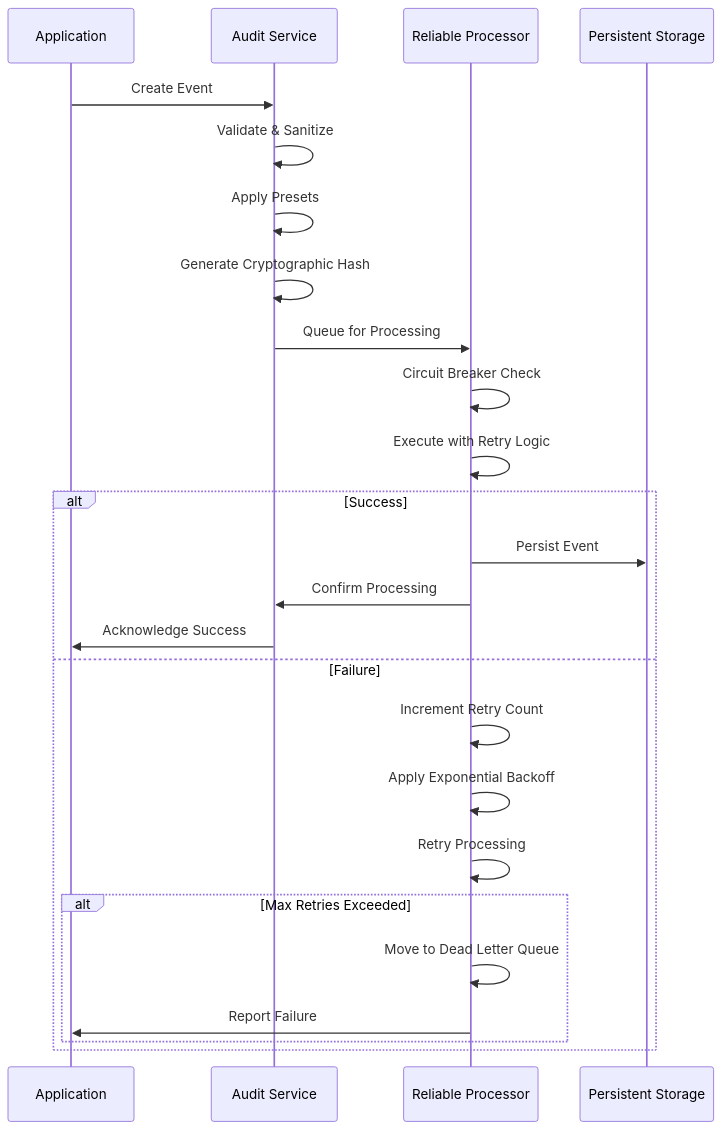
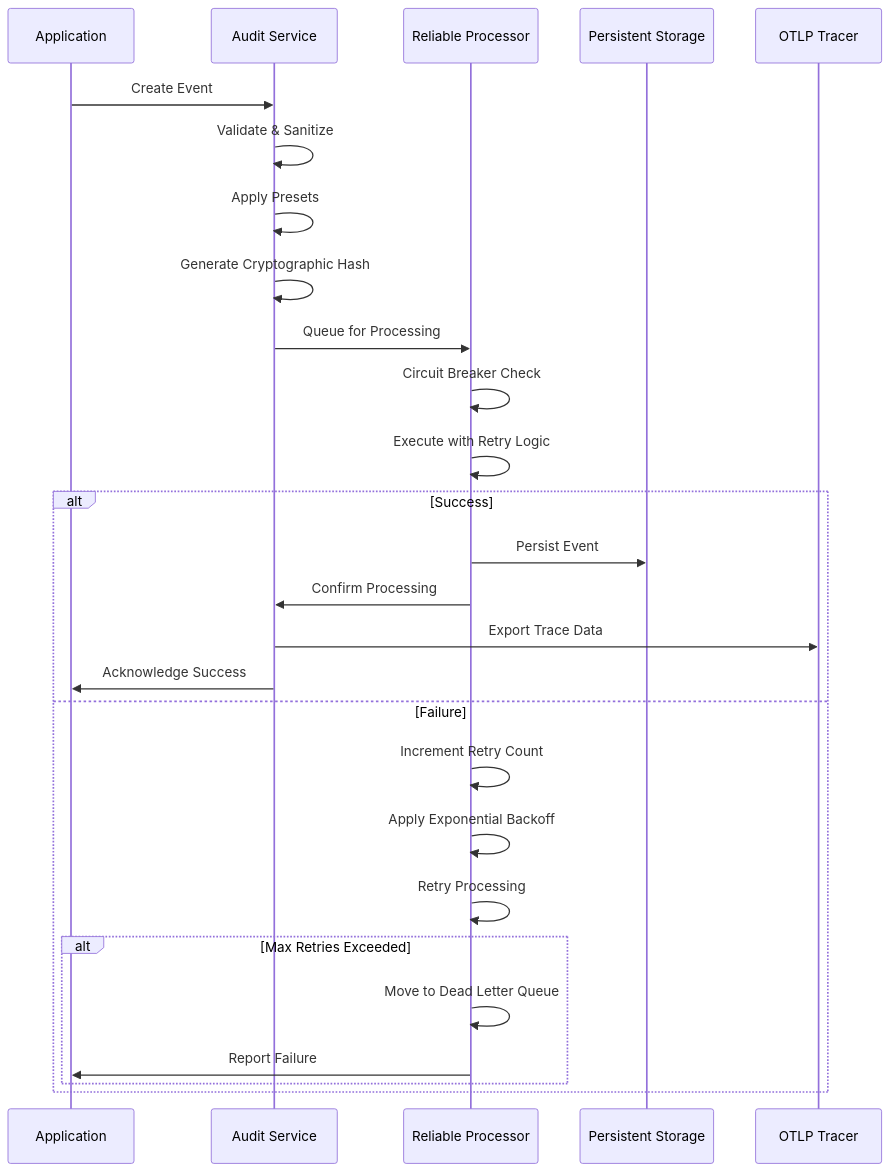
Before and after one commit to smedrec/smart-logs: the second of 16 diagrams in .qoder/repowiki/en/content/Audit Event Processing.md, drawn with Mermaid. The commit also changed other lines of this file and 21 other files, not shown here.

First line of the commit message:
feat(core): add OTLP exporter and KMS encryption support to audit core system

````diff
--- a/.qoder/repowiki/en/content/Audit Event Processing.md
+++ b/.qoder/repowiki/en/content/Audit Event Processing.md
@@ -65,27 +81,29 @@
 ```mermaid
 sequenceDiagram
 participant App as Application
 participant Audit as Audit Service
 participant Processor as Reliable Processor
 participant Storage as Persistent Storage
+participant Tracer as OTLP Tracer
 App->>Audit : Create Event
 Audit->>Audit : Validate & Sanitize
 Audit->>Audit : Apply Presets
 Audit->>Audit : Generate Cryptographic Hash
 Audit->>Processor : Queue for Processing
 Processor->>Processor : Circuit Breaker Check
 Processor->>Processor : Execute with Retry Logic
 alt Success
 Processor->>Storage : Persist Event
 Processor->>Audit : Confirm Processing
+Audit->>Tracer : Export Trace Data
 Audit->>App : Acknowledge Success
 else Failure
 Processor->>Processor : Increment Retry Count
 Processor->>Processor : Apply Exponential Backoff
 Processor->>Processor : Retry Processing
 alt Max Retries Exceeded
 Processor->>Processor : Move to Dead Letter Queue
 Processor->>App : Report Failure
 end
 end
 ```
````
